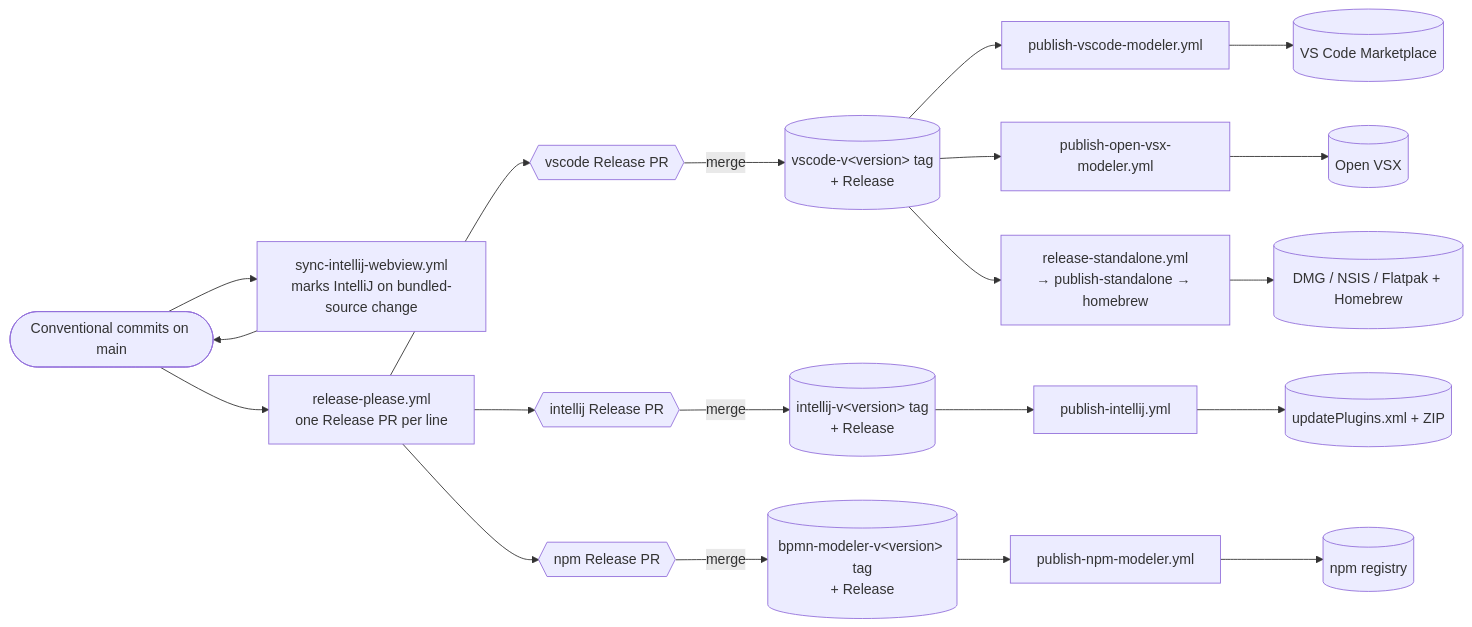
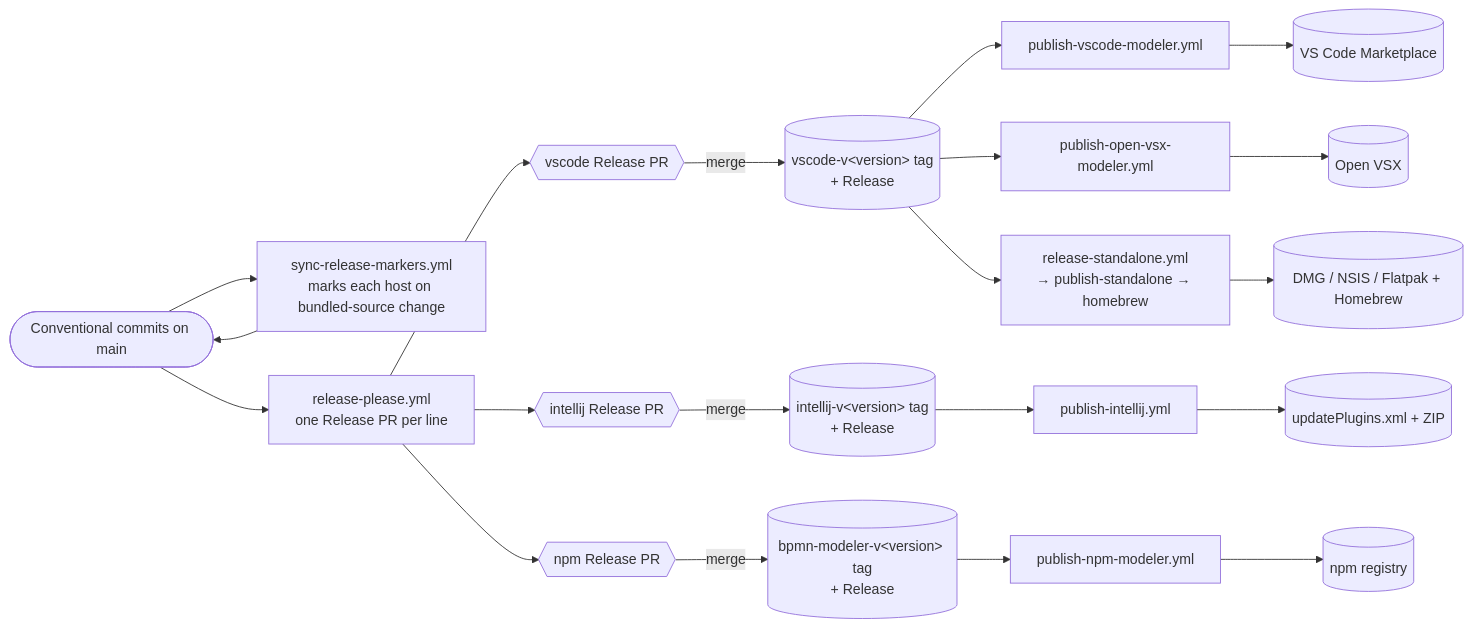
One commit to Miragon/bpmn-modeler changed the diagram in docs/vscode/contributing/release-process.md. Above: the diagram before and after it, drawn with Mermaid. The commit also changed other lines of this file and 10 other files, not shown here.

````diff
--- a/docs/vscode/contributing/release-process.md
+++ b/docs/vscode/contributing/release-process.md
@@ -63,30 +124,30 @@
 ```mermaid
 flowchart LR
     commits([Conventional commits on main])
-    sync[sync-intellij-webview.yml<br/>marks IntelliJ on bundled-source change]
+    sync[sync-release-markers.yml<br/>marks each host on bundled-source change]
     rp[release-please.yml<br/>one Release PR per line]
     pr_v{{vscode Release PR}}
     pr_i{{intellij Release PR}}
     pr_n{{npm Release PR}}
     tag_v[(vscode-v&lt;version&gt; tag<br/>+ Release)]
     tag_i[(intellij-v&lt;version&gt; tag<br/>+ Release)]
     tag_n[(bpmn-modeler-v&lt;version&gt; tag<br/>+ Release)]
 
     commits --> rp
     commits --> sync --> commits
     rp --> pr_v -->|merge| tag_v
     rp --> pr_i -->|merge| tag_i
     rp --> pr_n -->|merge| tag_n
 
     tag_v --> p_vscode[publish-vscode-modeler.yml]
     tag_v --> p_ovsx[publish-open-vsx-modeler.yml]
     tag_v --> p_standalone[release-standalone.yml<br/>→ publish-standalone → homebrew]
     tag_i --> p_intellij[publish-intellij.yml]
     tag_n --> p_npm[publish-npm-modeler.yml]
 
     p_vscode --> a_vscode[(VS Code Marketplace)]
     p_ovsx --> a_ovsx[(Open VSX)]
     p_standalone --> a_standalone[(DMG / NSIS / Flatpak + Homebrew)]
     p_intellij --> a_intellij[(updatePlugins.xml + ZIP)]
     p_npm --> a_npm[(npm registry)]
 ```
````
